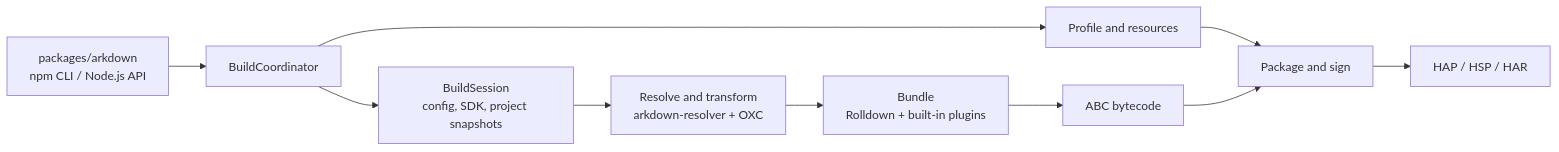
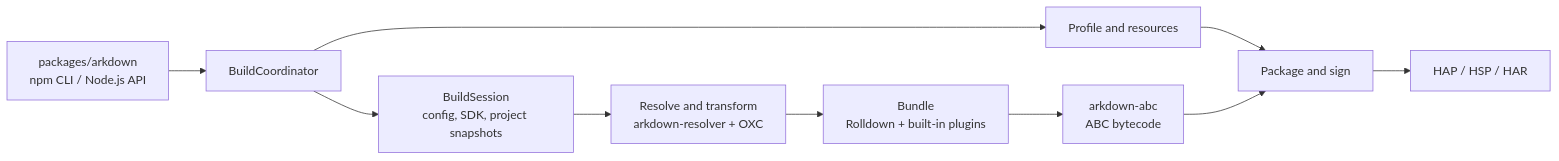
Before and after one commit to richerfu/arkdown: the diagram in README.md, drawn with Mermaid. The commit also changed other lines of this file and 35 other files, not shown here.

Commit message:
refactor(abc): extract native bytecode domain

````diff
--- a/README.md
+++ b/README.md
@@ -9,12 +9,12 @@
 ```mermaid
 flowchart LR
     A["packages/arkdown<br/>npm CLI / Node.js API"] --> B["BuildCoordinator"]
     B --> C["BuildSession<br/>config, SDK, project snapshots"]
     C --> D["Resolve and transform<br/>arkdown-resolver + OXC"]
     D --> E["Bundle<br/>Rolldown + built-in plugins"]
     B --> F["Profile and resources"]
-    E --> G["ABC bytecode"]
+    E --> G["arkdown-abc<br/>ABC bytecode"]
     F --> H["Package and sign"]
     G --> H
     H --> I["HAP / HSP / HAR"]
 ```
````
